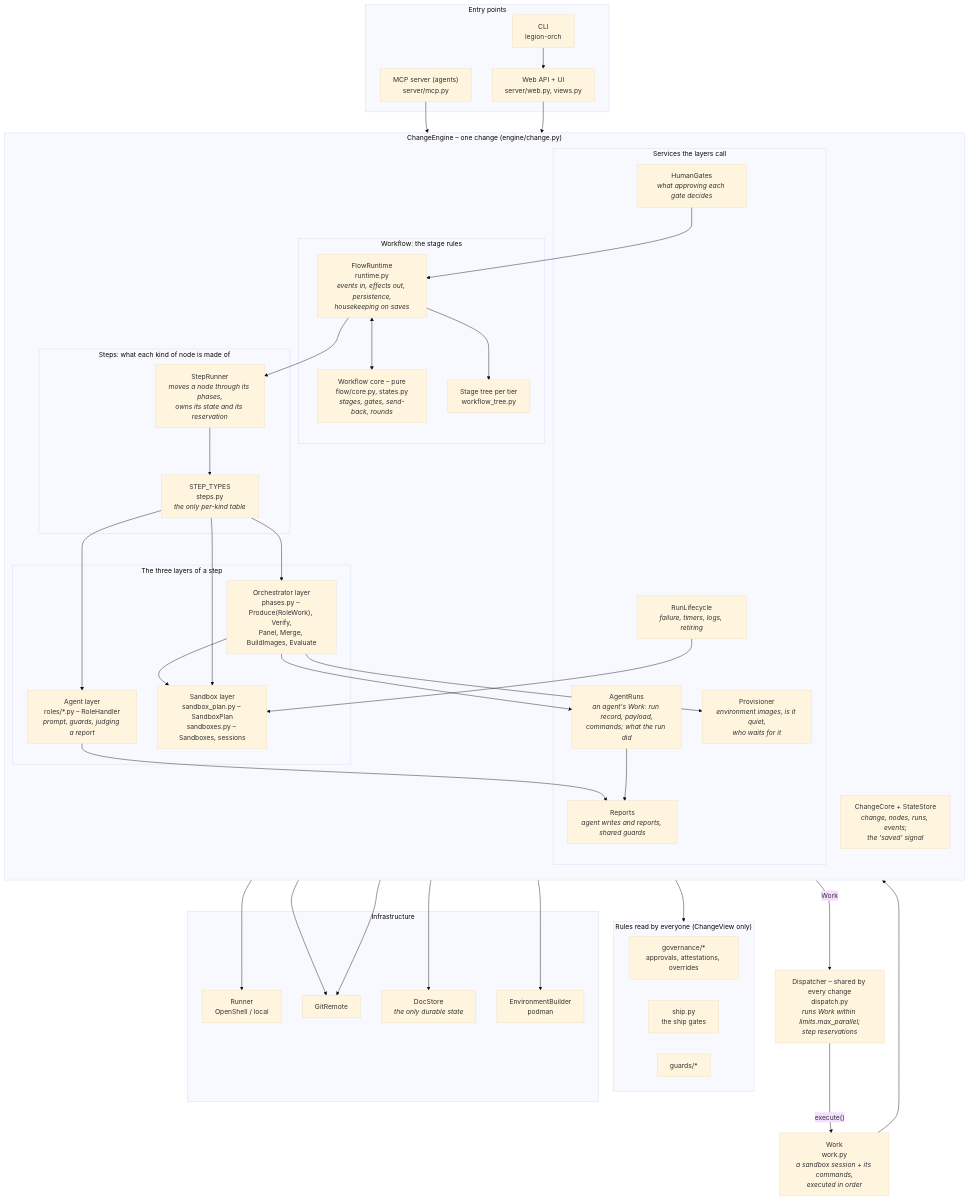
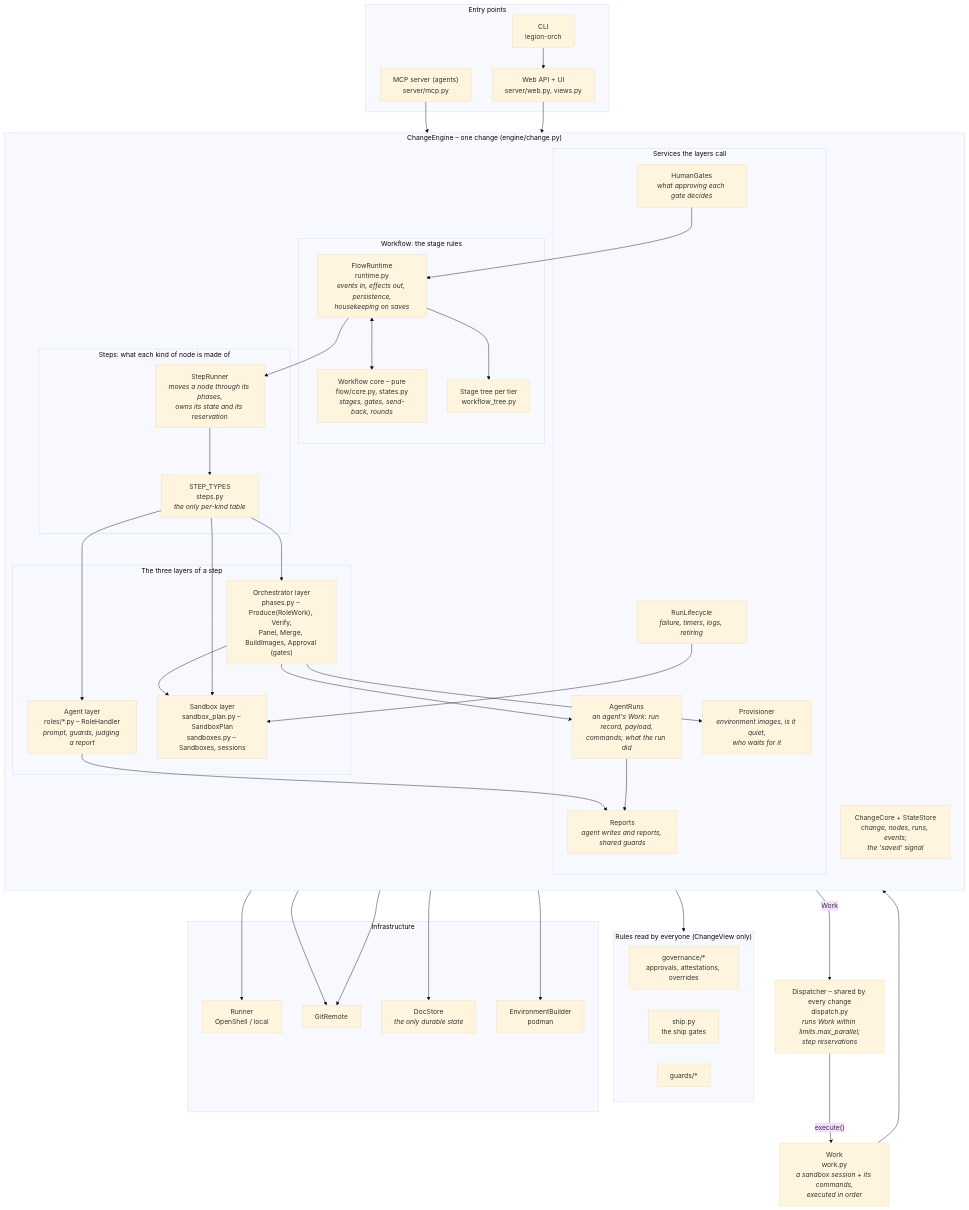
One commit to mr-miles/orchestrator changed the first of 6 diagrams in docs/architecture.md. Above: the diagram before and after it, drawn with Mermaid (base theme). The commit also changed other lines of this file and 1 other file, not shown here.

Commit message:
Docs: the dispatcher in the participants table; gates, the panel's wait and provisioning again brought up to date

````diff
--- a/docs/architecture.md
+++ b/docs/architecture.md
@@ -13,72 +13,72 @@
 ```mermaid
 flowchart TB
     subgraph entry["Entry points"]
         web["Web API + UI<br/>server/web.py, views.py"]
         mcp["MCP server (agents)<br/>server/mcp.py"]
         cli["CLI<br/>legion-orch"]
     end
 
     subgraph engine["ChangeEngine – one change (engine/change.py)"]
         direction TB
         subgraph wf["Workflow: the stage rules"]
             core["Workflow core – pure<br/>flow/core.py, states.py<br/><i>stages, gates, send-back, rounds</i>"]
             tree["Stage tree per tier<br/>workflow_tree.py"]
             rt["FlowRuntime<br/>runtime.py<br/><i>events in, effects out, persistence,<br/>housekeeping on saves</i>"]
         end
         subgraph steps["Steps: what each kind of node is made of"]
             runner["StepRunner<br/><i>moves a node through its phases,<br/>owns its state and its reservation</i>"]
             types["STEP_TYPES<br/>steps.py<br/><i>the only per-kind table</i>"]
         end
         subgraph layers["The three layers of a step"]
             agent["Agent layer<br/>roles/*.py – RoleHandler<br/><i>prompt, guards, judging a report</i>"]
-            phases["Orchestrator layer<br/>phases.py – Produce(RoleWork), Verify,<br/>Panel, Merge, BuildImages, Evaluate"]
+            phases["Orchestrator layer<br/>phases.py – Produce(RoleWork), Verify,<br/>Panel, Merge, BuildImages, Approval (gates)"]
             sbx["Sandbox layer<br/>sandbox_plan.py – SandboxPlan<br/>sandboxes.py – Sandboxes, sessions"]
         end
         subgraph svc["Services the layers call"]
             agents["AgentRuns<br/><i>an agent's Work: run record, payload,<br/>commands; what the run did</i>"]
             reports["Reports<br/><i>agent writes and reports, shared guards</i>"]
             prov["Provisioner<br/><i>environment images, is it quiet,<br/>who waits for it</i>"]
             life["RunLifecycle<br/><i>failure, timers, logs, retiring</i>"]
             gates["HumanGates<br/><i>what approving each gate decides</i>"]
         end
         state["ChangeCore + StateStore<br/><i>change, nodes, runs, events;<br/>the 'saved' signal</i>"]
     end
 
     disp["Dispatcher – shared by every change<br/>dispatch.py<br/><i>runs Work within limits.max_parallel;<br/>step reservations</i>"]
     work["Work<br/>work.py<br/><i>a sandbox session + its commands,<br/>executed in order</i>"]
 
     subgraph gov["Rules read by everyone (ChangeView only)"]
         governance["governance/*<br/>approvals, attestations, overrides"]
         ship["ship.py<br/>the ship gates"]
         guards["guards/*"]
     end
 
     subgraph infra["Infrastructure"]
         runnerx["Runner<br/>OpenShell / local"]
         git["GitRemote"]
         store["DocStore<br/><i>the only durable state</i>"]
         builder["EnvironmentBuilder<br/>podman"]
     end
 
     web --> engine
     cli --> web
     mcp --> reports
     rt <--> core
     rt --> tree
     rt --> runner
     gates --> rt
     runner --> types
     types --> agent & phases & sbx
     phases --> agents & prov & sbx
     phases -- "Work" --> disp
     disp -- "execute()" --> work
     work --> sbx
     agents --> reports
     agent --> reports
     life --> sbx
     engine --> gov
     sbx --> runnerx
     phases & gates --> git
     state --> store
     prov --> builder
 ```
````
